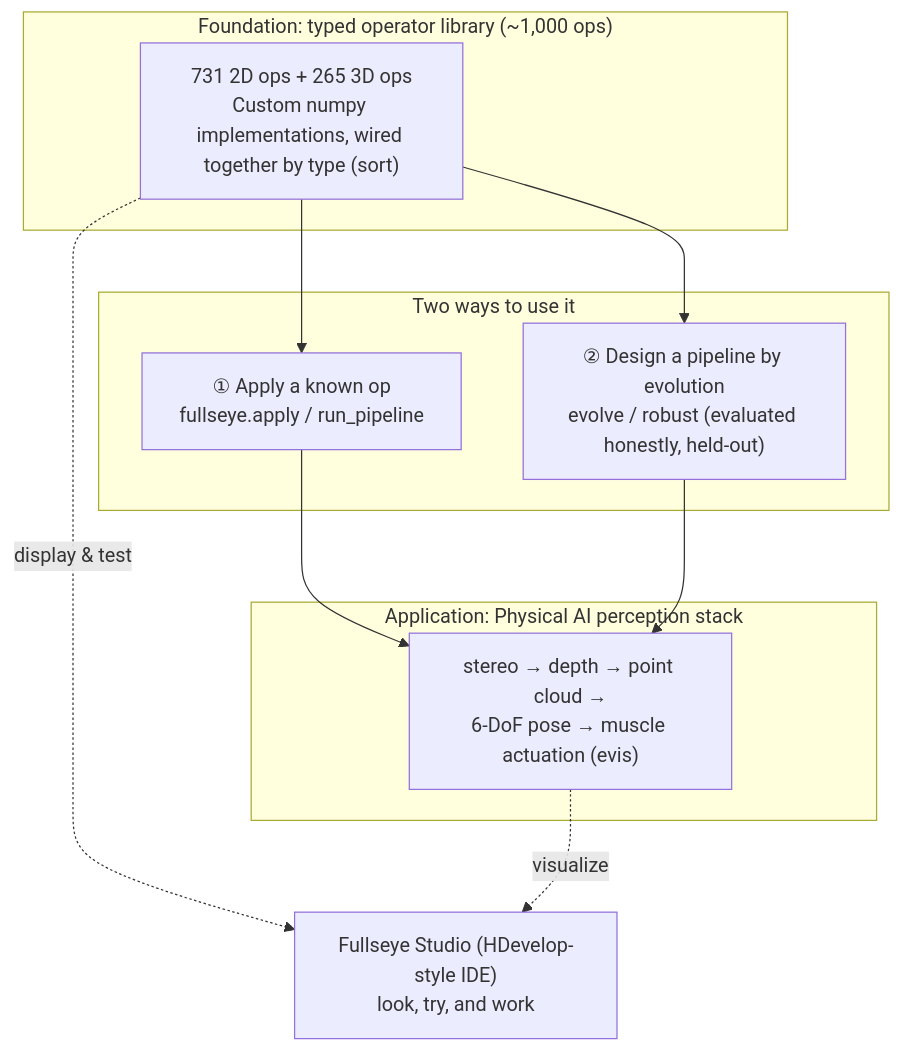
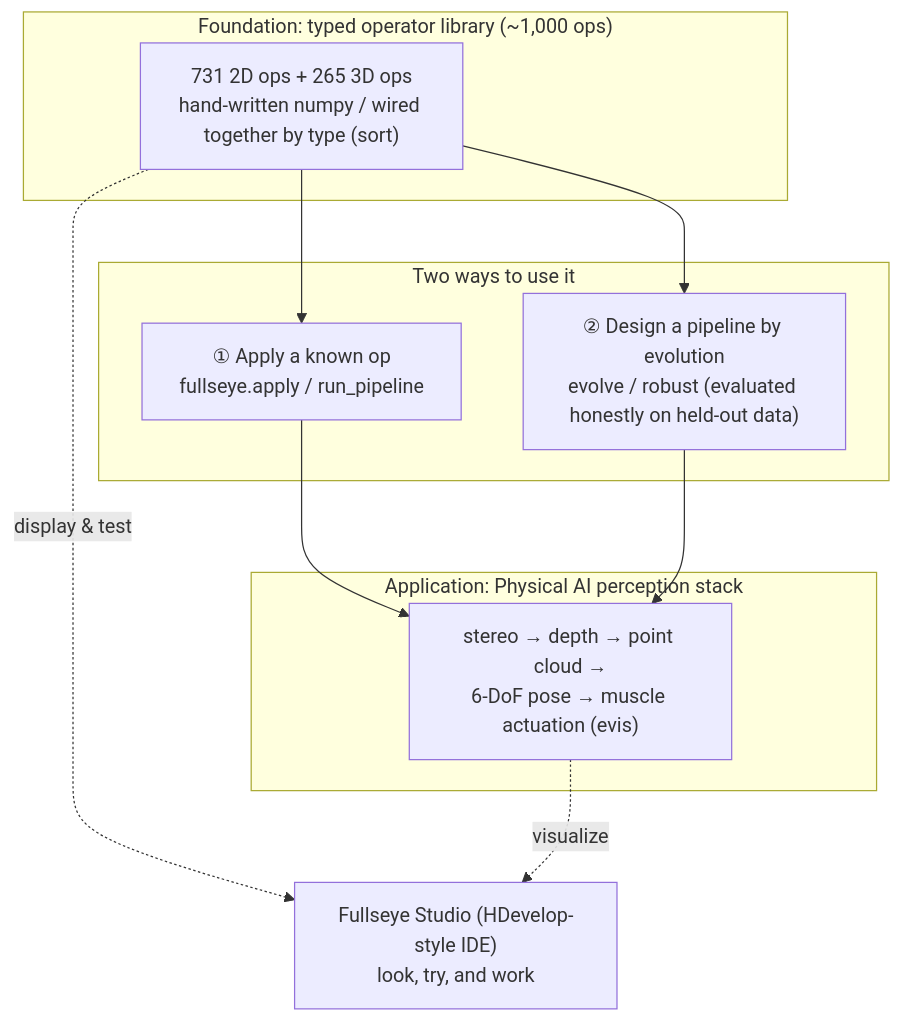
Before and after one commit to furuse-kazufumi/fullseye: the first of 3 diagrams in docs/articles/fullseye_overview_qiita_en.md, drawn with Mermaid. The commit also changed other lines of this file and 1 other file, not shown here.

````diff
--- a/docs/articles/fullseye_overview_qiita_en.md
+++ b/docs/articles/fullseye_overview_qiita_en.md
@@ -133,19 +142,19 @@
 ```mermaid
 flowchart TB
     subgraph L0["Foundation: typed operator library (~1,000 ops)"]
-        OPS["731 2D ops + 265 3D ops<br/>Custom numpy implementations, wired together by type (sort)"]
+        OPS["731 2D ops + 265 3D ops<br/>hand-written numpy / wired together by type (sort)"]
     end
     subgraph L1["Two ways to use it"]
         APPLY["① Apply a known op<br/>fullseye.apply / run_pipeline"]
-        EVO["② Design a pipeline by evolution<br/>evolve / robust (evaluated honestly, held-out)"]
+        EVO["② Design a pipeline by evolution<br/>evolve / robust (evaluated honestly on held-out data)"]
     end
     subgraph L2["Application: Physical AI perception stack"]
         PERC["stereo → depth → point cloud →<br/>6-DoF pose → muscle actuation (evis)"]
     end
     STUDIO["Fullseye Studio (HDevelop-style IDE)<br/>look, try, and work"]
 
     OPS --> APPLY --> PERC
     OPS --> EVO --> PERC
     OPS -.display & test.-> STUDIO
     PERC -.visualize.-> STUDIO
 ```
````
